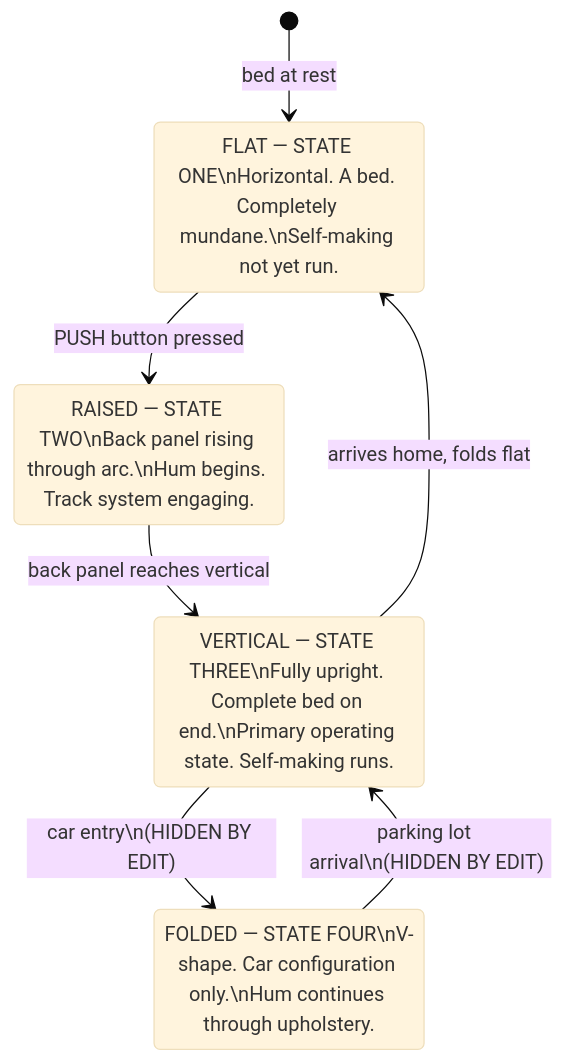
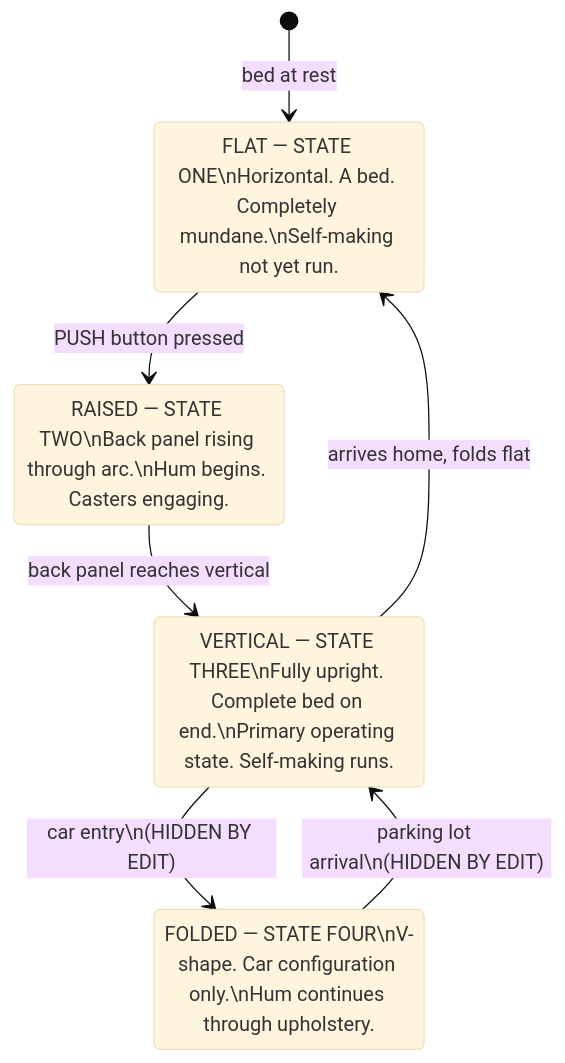
The first of 3 diagrams in 02_production/Bed_design_memo.md (arndvs/PUSH), drawn with Mermaid (base theme) before and after one commit. The commit also changed other lines of this file and 10 other files, not shown here.

````diff
--- a/02_production/Bed_design_memo.md
+++ b/02_production/Bed_design_memo.md
@@ -224,18 +228,18 @@
 ```mermaid
 stateDiagram-v2
     [*] --> FLAT : bed at rest
 
     FLAT : FLAT — STATE ONE\nHorizontal. A bed. Completely mundane.\nSelf-making not yet run.
 
-    RAISED : RAISED — STATE TWO\nBack panel rising through arc.\nHum begins. Track system engaging.
+    RAISED : RAISED — STATE TWO\nBack panel rising through arc.\nHum begins. Casters engaging.
 
     VERTICAL : VERTICAL — STATE THREE\nFully upright. Complete bed on end.\nPrimary operating state. Self-making runs.
 
     FOLDED : FOLDED — STATE FOUR\nV-shape. Car configuration only.\nHum continues through upholstery.
 
     FLAT --> RAISED : PUSH button pressed
     RAISED --> VERTICAL : back panel reaches vertical
     VERTICAL --> FOLDED : car entry\n(HIDDEN BY EDIT)
     FOLDED --> VERTICAL : parking lot arrival\n(HIDDEN BY EDIT)
     VERTICAL --> FLAT : arrives home, folds flat
 ```
````
